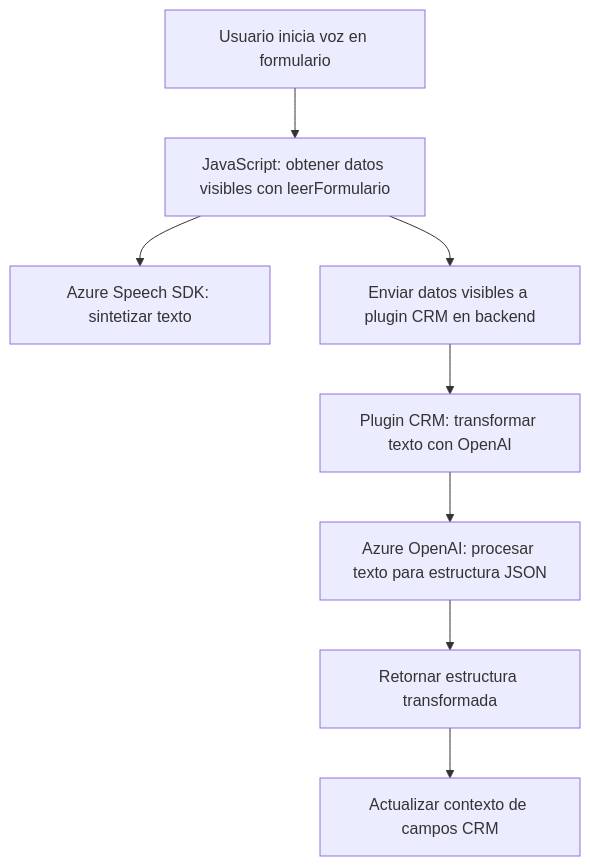
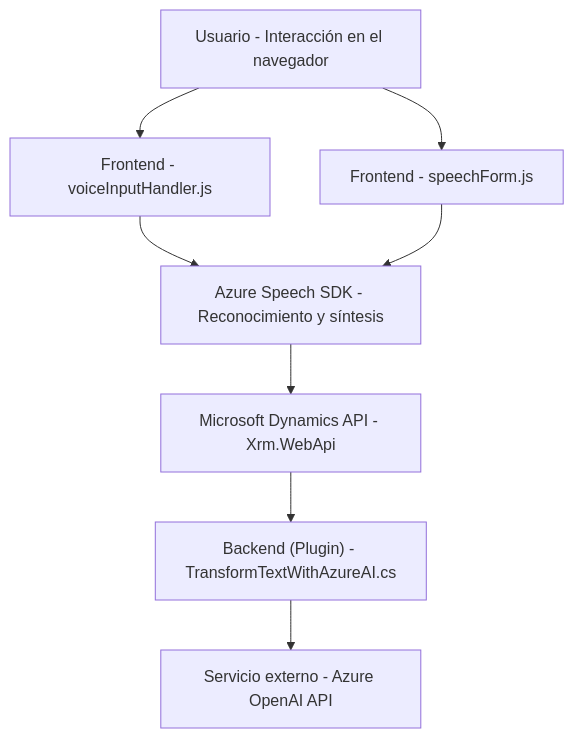
One commit to blopezdm/NETCORE_BILBAO2025 changed the diagram in README.md. Above: the diagram before and after it, drawn with Mermaid. The commit also changed other lines of this file, not shown here.

Commit message:
Actualizar análisis global de la solución con IA

````diff
--- a/README.md
+++ b/README.md
@@ -28,19 +37,18 @@
 ```mermaid
 graph TD
-    A["Usuario inicia voz en formulario"]
-    B["JavaScript: obtener datos visibles con leerFormulario"]
-    C["Azure Speech SDK: sintetizar texto"]
-    D["Enviar datos visibles a plugin CRM en backend"]
-    E["Plugin CRM: transformar texto con OpenAI"]
-    F["Azure OpenAI: procesar texto para estructura JSON"]
-    G["Retornar estructura transformada"]
-    H["Actualizar contexto de campos CRM"]
-    
-    A --> B
-    B --> C
-    B --> D
-    D --> E
-    E --> F
-    F --> G
-    G --> H
+  A["Usuario - Interacción en el navegador"]
+  B["Frontend - voiceInputHandler.js"]
+  C["Frontend - speechForm.js"]
+  D["Azure Speech SDK - Reconocimiento y síntesis"]
+  E["Microsoft Dynamics API - Xrm.WebApi"]
+  F["Backend (Plugin) - TransformTextWithAzureAI.cs"]
+  G["Servicio externo - Azure OpenAI API"]
+
+  A --> B
+  A --> C
+  B --> D
+  C --> D
+  D --> E
+  E --> F
+  F --> G
 ```
````
